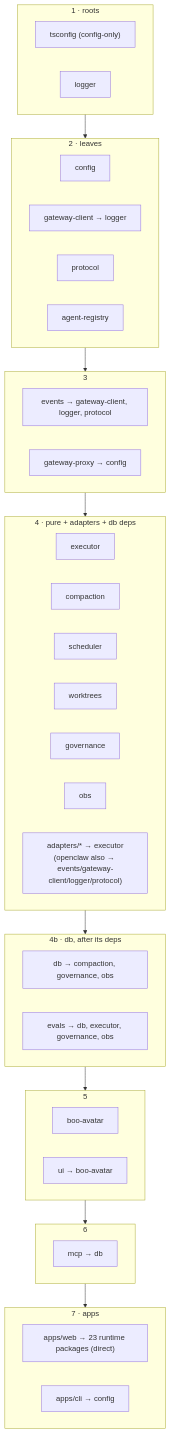
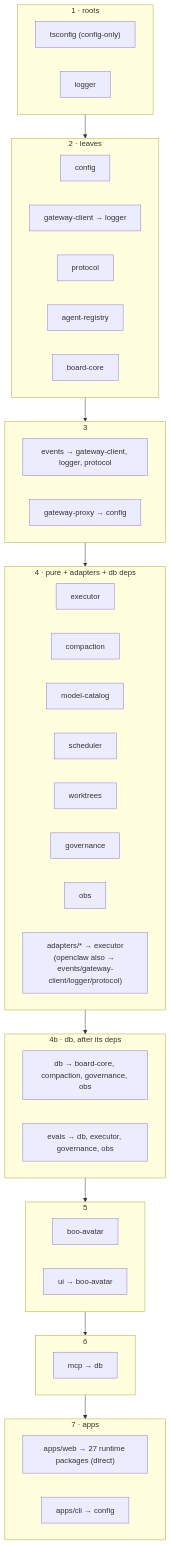
Before and after one commit to clawboo/clawboo: the second of 2 diagrams in docs/internals/monorepo-and-build.md, drawn with Mermaid. The commit also changed other lines of this file and 31 other files, not shown here.

Commit message:
refactor(board): extract @clawboo/board-core as the single source of board statuses and transitions

````diff
--- a/docs/internals/monorepo-and-build.md
+++ b/docs/internals/monorepo-and-build.md
@@ -73,43 +87,45 @@
 ```mermaid
 graph TD
   subgraph t1["1 · roots"]
     tsconfig["tsconfig (config-only)"]
     logger["logger"]
   end
   subgraph t2["2 · leaves"]
     config["config"]
     gc["gateway-client → logger"]
     protocol["protocol"]
     ar["agent-registry"]
+    bc["board-core"]
   end
   subgraph t3["3"]
     events["events → gateway-client, logger, protocol"]
     gp["gateway-proxy → config"]
   end
   subgraph t4["4 · pure + adapters + db deps"]
     executor["executor"]
     compaction["compaction"]
+    modelcatalog["model-catalog"]
     scheduler["scheduler"]
     worktrees["worktrees"]
     governance["governance"]
     obs["obs"]
     adapters["adapters/* → executor<br/>(openclaw also → events/gateway-client/logger/protocol)"]
   end
   subgraph t4b["4b · db, after its deps"]
-    db["db → compaction, governance, obs"]
+    db["db → board-core, compaction, governance, obs"]
     evals["evals → db, executor, governance, obs"]
   end
   subgraph t5["5"]
     booavatar["boo-avatar"]
     ui["ui → boo-avatar"]
   end
   subgraph t6["6"]
     mcp["mcp → db"]
   end
   subgraph t7["7 · apps"]
-    web["apps/web → 23 runtime packages (direct)"]
+    web["apps/web → 27 runtime packages (direct)"]
     cli["apps/cli → config"]
   end
 
   t1 --> t2 --> t3 --> t4 --> t4b --> t5 --> t6 --> t7
 ```
````
